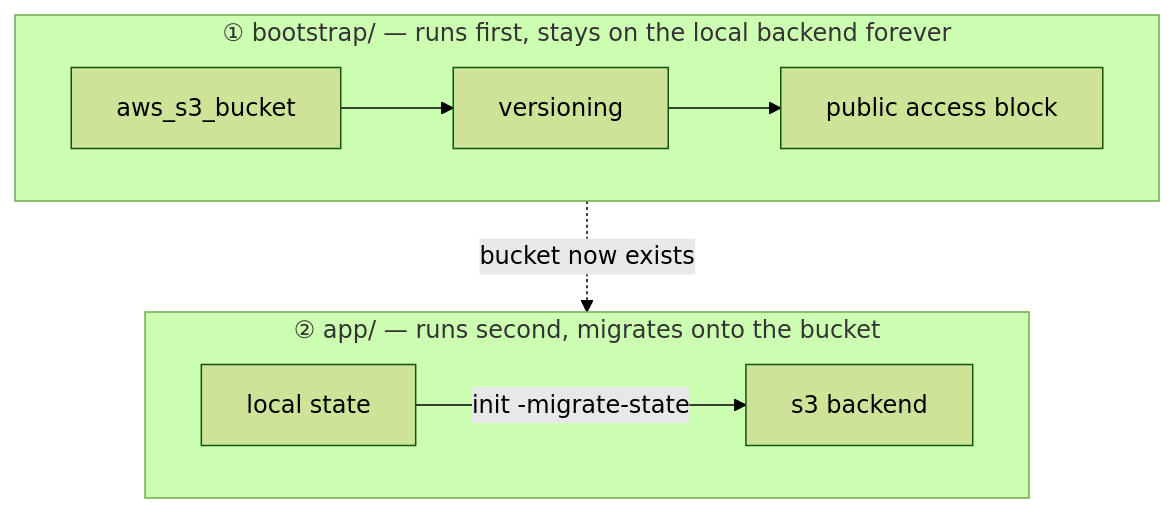
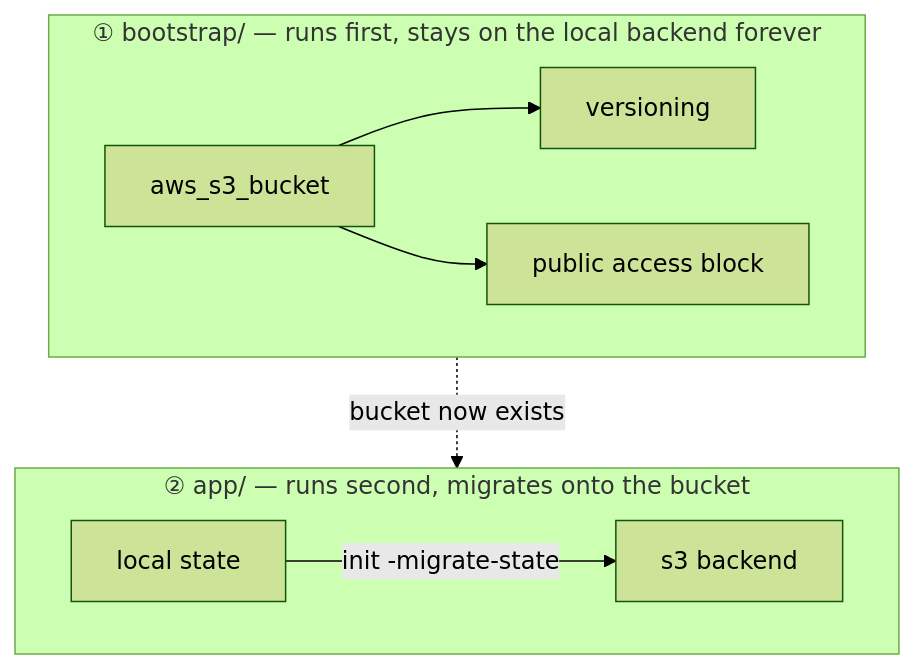
Before and after one commit to arindamchoudhury/terraform-gyan: the first of 2 diagrams in docs/book/ch15-remote-state-backends.md, drawn with Mermaid (forest theme). The commit also changed other lines of this file and 1 other file, not shown here.

````diff
--- a/docs/book/ch15-remote-state-backends.md
+++ b/docs/book/ch15-remote-state-backends.md
@@ -424,12 +434,13 @@
 ```mermaid
 flowchart TB
     subgraph B["① bootstrap/ — runs first, stays on the local backend forever"]
       direction LR
-      B1["aws_s3_bucket"] --> B2["versioning"] --> B3["public access block"]
+      B1["aws_s3_bucket"] --> B2["versioning"]
+      B1 --> B3["public access block"]
     end
     subgraph A["② app/ — runs second, migrates onto the bucket"]
       direction LR
       A1["local state"] -->|"init -migrate-state"| A2["s3 backend"]
     end
-    B3 -.->|"bucket now exists"| A1
+    B1 -.->|"bucket now exists"| A1
 ```
````
